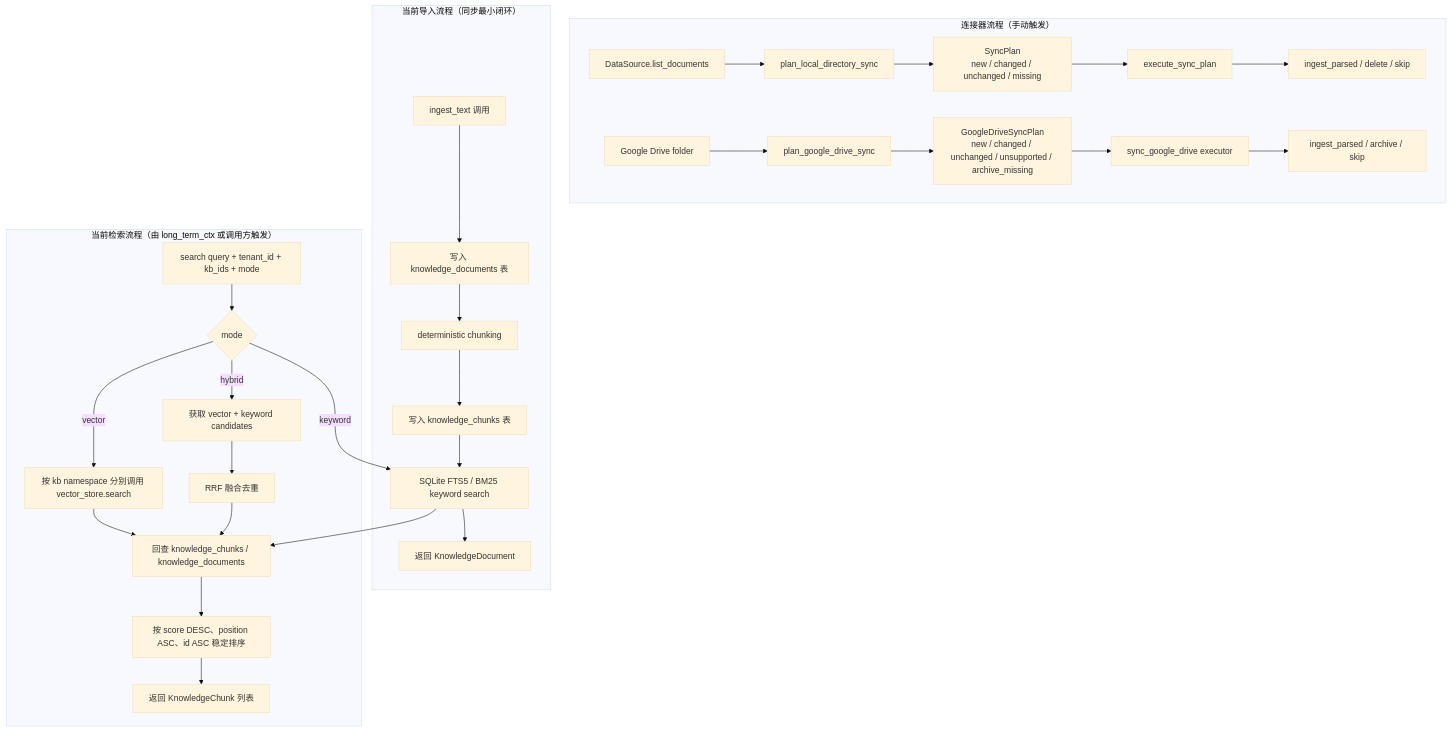
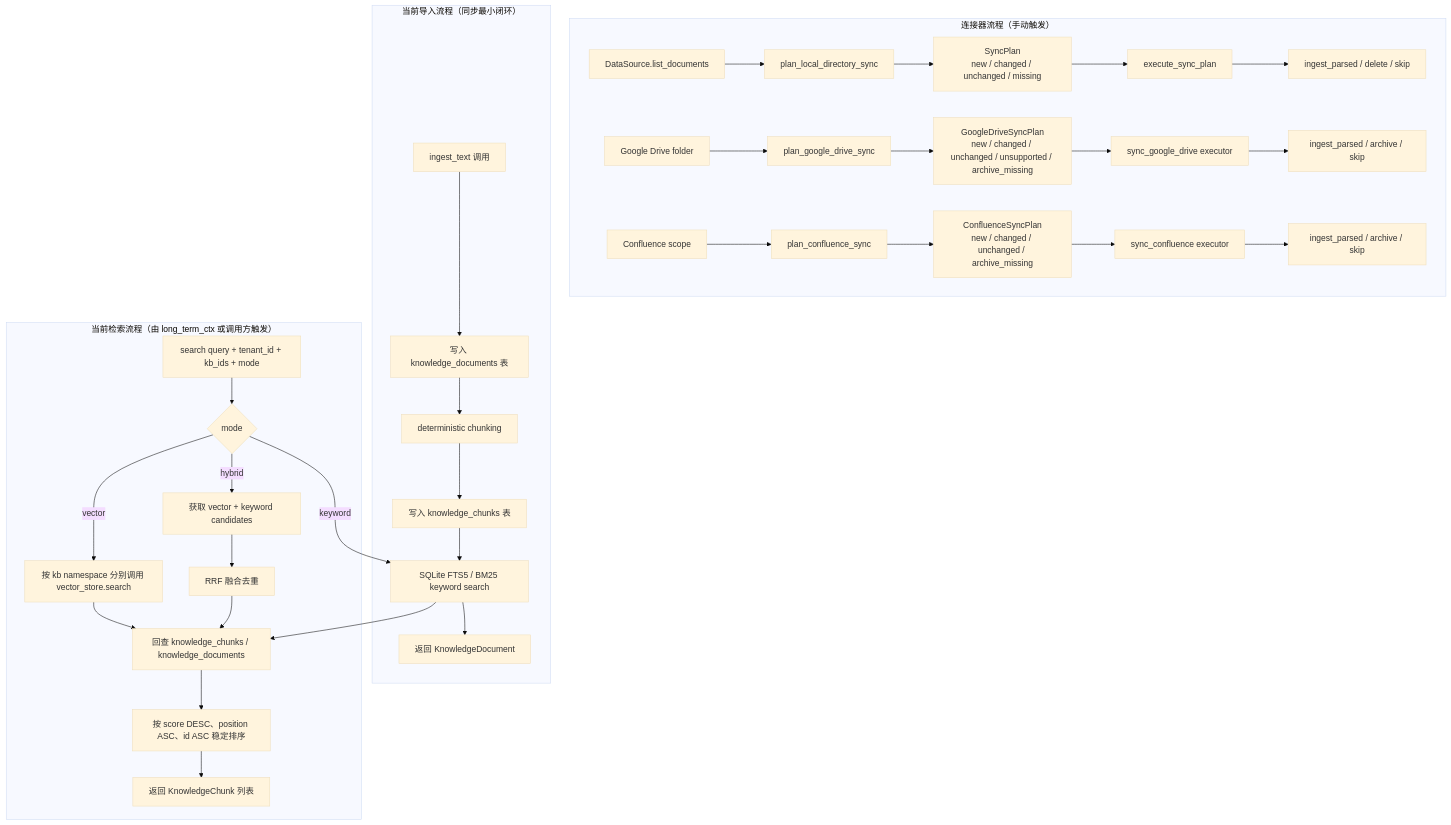
One commit to Summy2104/fleetent changed the diagram in docs/capabilities/knowledge-base.md. Above: the diagram before and after it, drawn with Mermaid (base theme). The commit also changed other lines of this file and 13 other files, not shown here.

````diff
--- a/docs/capabilities/knowledge-base.md
+++ b/docs/capabilities/knowledge-base.md
@@ -27,35 +27,39 @@
 ```mermaid
 flowchart TD
     subgraph connector["连接器流程（手动触发）"]
         C1[DataSource.list_documents] --> C2[plan_local_directory_sync]
         C2 --> C3[SyncPlan\nnew / changed / unchanged / missing]
         C3 --> C4[execute_sync_plan]
         C4 --> C5[ingest_parsed / delete / skip]
         G1[Google Drive folder] --> G2[plan_google_drive_sync]
         G2 --> G3[GoogleDriveSyncPlan\nnew / changed / unchanged / unsupported / archive_missing]
         G3 --> G4[sync_google_drive executor]
         G4 --> G5[ingest_parsed / archive / skip]
+        F1[Confluence scope] --> F2[plan_confluence_sync]
+        F2 --> F3[ConfluenceSyncPlan\nnew / changed / unchanged / archive_missing]
+        F3 --> F4[sync_confluence executor]
+        F4 --> F5[ingest_parsed / archive / skip]
     end
 
     subgraph ingest["当前导入流程（同步最小闭环）"]
         A[ingest_text 调用] --> B[写入 knowledge_documents 表]
         B --> D[deterministic chunking]
         D --> E[写入 knowledge_chunks 表]
         E --> F[vector_store.upsert\nchunk_id + content + namespace]
         F --> C[返回 KnowledgeDocument]
     end
 
     subgraph search["当前检索流程（由 long_term_ctx 或调用方触发）"]
         K[search query + tenant_id + kb_ids + mode] --> L{mode}
         L -->|vector| V[按 kb namespace 分别调用 vector_store.search]
         L -->|keyword| F[SQLite FTS5 / BM25 keyword search]
         L -->|hybrid| H[获取 vector + keyword candidates]
         V --> M[回查 knowledge_chunks / knowledge_documents]
         F --> M
         H --> R[RRF 融合去重]
         R --> M
         M --> N[按 score DESC、position ASC、id ASC 稳定排序]
         N --> O[返回 KnowledgeChunk 列表]
     end
 
 ```
````
